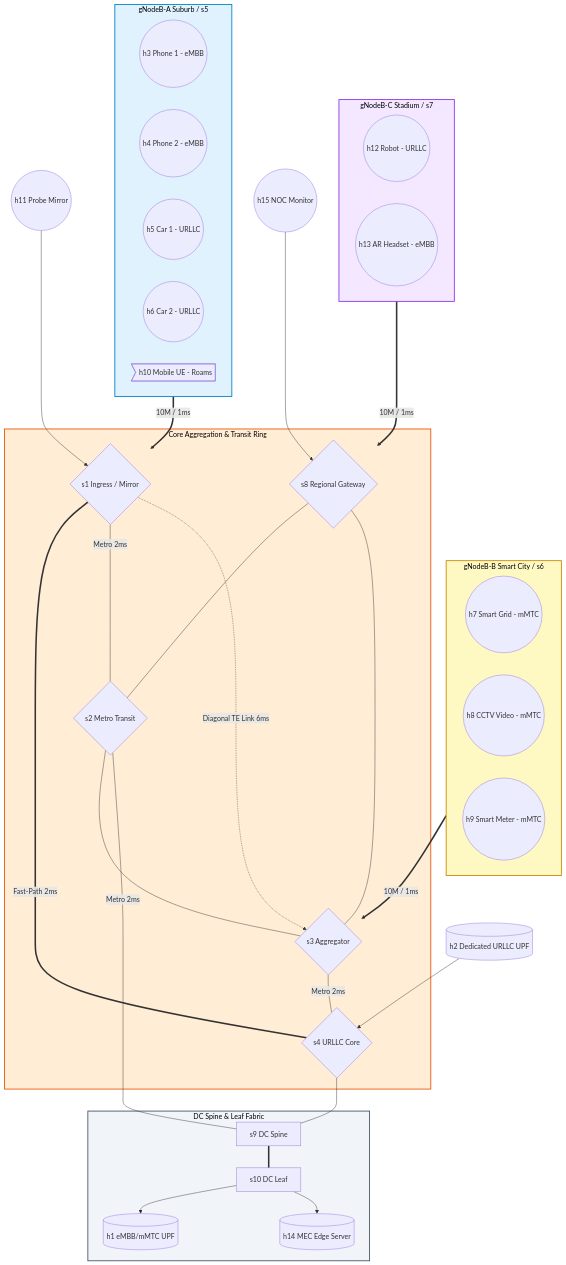
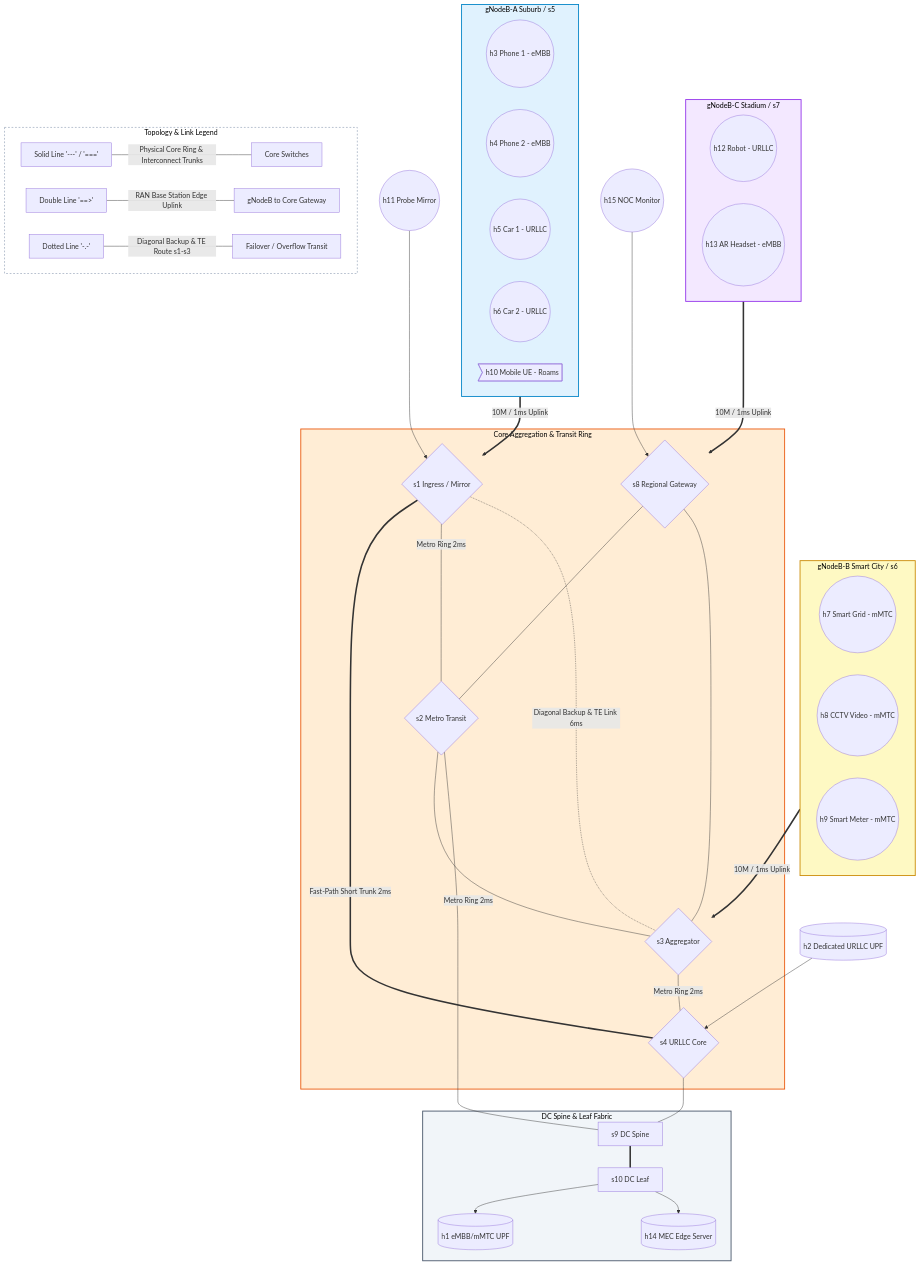
Before and after one commit to Aadesh1106/astra-5g-slicing: the diagram in README.md, drawn with Mermaid. The commit also changed other lines of this file and 4 other files, not shown here.

Commit message:
docs(topology): clarify path relationships, link legend, and handover trajectory

````diff
--- a/README.md
+++ b/README.md
@@ -28,71 +28,79 @@
 ```mermaid
 flowchart TD
     %% RAN Edge Subgraphs
     subgraph RAN_A [gNodeB-A Suburb / s5]
         h3((h3 Phone 1 - eMBB))
         h4((h4 Phone 2 - eMBB))
         h5((h5 Car 1 - URLLC))
         h6((h6 Car 2 - URLLC))
         h10>h10 Mobile UE - Roams]
     end
 
     subgraph RAN_B [gNodeB-B Smart City / s6]
         h7((h7 Smart Grid - mMTC))
         h8((h8 CCTV Video - mMTC))
         h9((h9 Smart Meter - mMTC))
     end
 
     subgraph RAN_C [gNodeB-C Stadium / s7]
         h12((h12 Robot - URLLC))
         h13((h13 AR Headset - eMBB))
     end
 
     %% Core Transit Ring & Gateway
     subgraph Core_Ring [Core Aggregation & Transit Ring]
         s1{s1 Ingress / Mirror}
         s2{s2 Metro Transit}
         s3{s3 Aggregator}
         s4{s4 URLLC Core}
         s8{s8 Regional Gateway}
     end
 
     %% Data Center
     subgraph Data_Center [DC Spine & Leaf Fabric]
         s9[s9 DC Spine]
         s10[s10 DC Leaf]
         h1[(h1 eMBB/mMTC UPF)]
         h14[(h14 MEC Edge Server)]
     end
 
     %% Infrastructure Hosts
     h11((h11 Probe Mirror)) --> s1
     h2[(h2 Dedicated URLLC UPF)] --> s4
     h15((h15 NOC Monitor)) --> s8
 
     %% Uplinks
-    RAN_A ==>|10M / 1ms| s1
-    RAN_B ==>|10M / 1ms| s3
-    RAN_C ==>|10M / 1ms| s8
+    RAN_A ==>|10M / 1ms Uplink| s1
+    RAN_B ==>|10M / 1ms Uplink| s3
+    RAN_C ==>|10M / 1ms Uplink| s8
 
     %% Ring & Core Interconnects
-    s1 ===|Fast-Path 2ms| s4
-    s1 ---|Metro 2ms| s2
-    s2 ---|Metro 2ms| s3
-    s3 ---|Metro 2ms| s4
-    s1 -.->|Diagonal TE Link 6ms| s3
+    s1 ===|Fast-Path Short Trunk 2ms| s4
+    s1 ---|Metro Ring 2ms| s2
+    s2 ---|Metro Ring 2ms| s3
+    s3 ---|Metro Ring 2ms| s4
+    s1 -.-|Diagonal Backup & TE Link 6ms| s3
     s8 --- s2
     s8 --- s3
 
     %% DC Interconnects
     s2 --- s9
     s4 --- s9
     s9 === s10
     s10 --> h1
     s10 --> h14
 
+    %% Diagram Legend
+    subgraph Legend [Topology & Link Legend]
+        l1[Solid Line '---' / '==='] ---|Physical Core Ring & Interconnect Trunks| l2[Core Switches]
+        l3[Double Line '==>'] ---|RAN Base Station Edge Uplink| l4[gNodeB to Core Gateway]
+        l5[Dotted Line '-.-'] ---|Diagonal Backup & TE Route s1-s3| l6[Failover / Overflow Transit]
+    end
+
     style RAN_A fill:#e0f2fe,stroke:#0284c7,stroke-width:2px,color:#000
     style RAN_B fill:#fef9c3,stroke:#ca8a04,stroke-width:2px,color:#000
     style RAN_C fill:#f3e8ff,stroke:#9333ea,stroke-width:2px,color:#000
     style Core_Ring fill:#ffedd5,stroke:#ea580c,stroke-width:2px,color:#000
     style Data_Center fill:#f1f5f9,stroke:#475569,stroke-width:2px,color:#000
+    style Legend fill:#ffffff,stroke:#94a3b8,stroke-width:1.5px,stroke-dasharray: 4 4,color:#000
 ```
````
